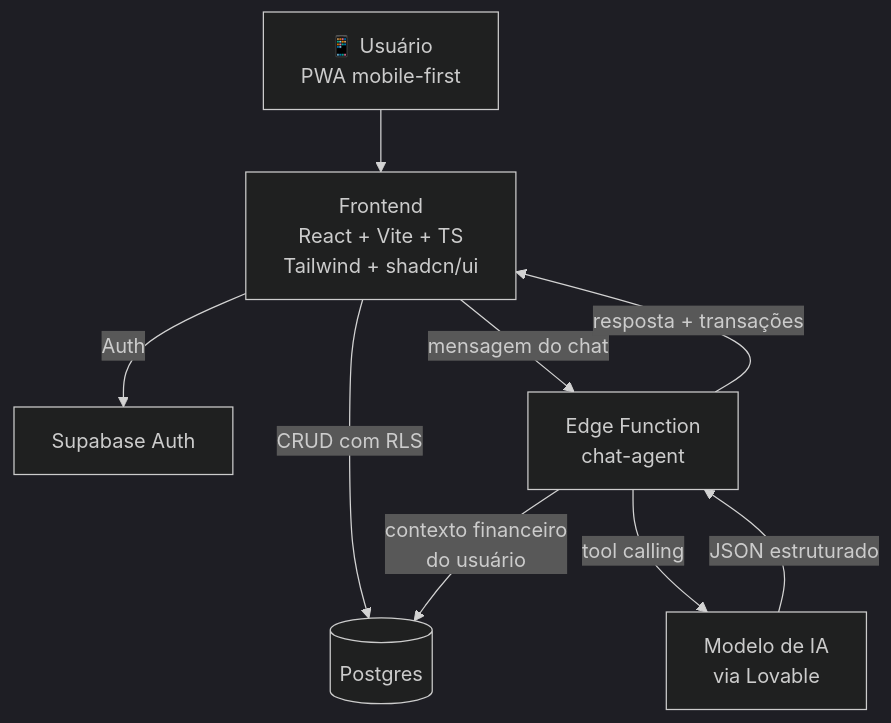
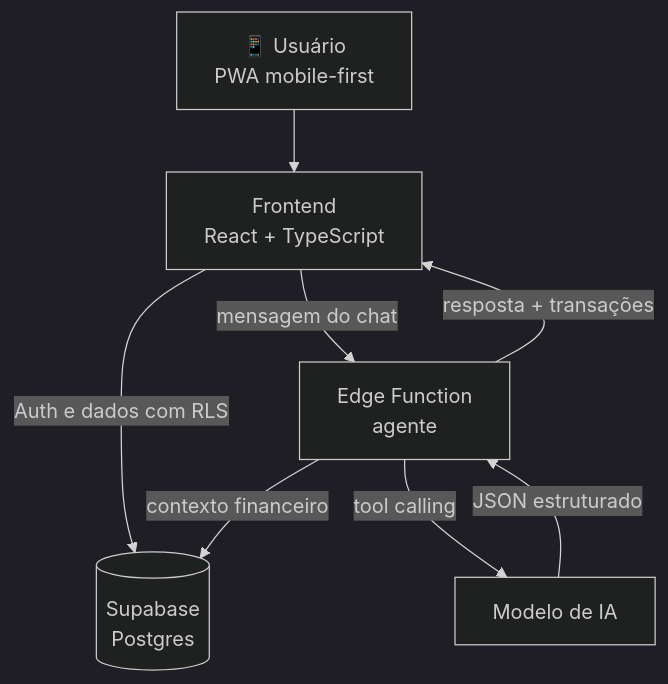
One commit to DLTechSup/dio-lab-vibe-coding-app-financas changed the third of 3 diagrams in README.md. Above: the diagram before and after it, drawn with Mermaid (dark theme). The commit also changed other lines of this file and 4 other files, not shown here.

````diff
--- a/README.md
+++ b/README.md
@@ -201,11 +310,10 @@
 ```mermaid
 flowchart TB
-    U[📱 Usuário<br/>PWA mobile-first] --> FE[Frontend<br/>React + Vite + TS<br/>Tailwind + shadcn/ui]
-    FE -->|Auth| AU[Supabase Auth]
-    FE -->|CRUD com RLS| DB[(Postgres)]
-    FE -->|mensagem do chat| EF[Edge Function<br/>chat-agent]
-    EF -->|contexto financeiro<br/>do usuário| DB
-    EF -->|tool calling| AI[Modelo de IA<br/>via Lovable]
+    U[📱 Usuário<br/>PWA mobile-first] --> FE[Frontend<br/>React + TypeScript]
+    FE -->|Auth e dados com RLS| DB[(Supabase<br/>Postgres)]
+    FE -->|mensagem do chat| EF[Edge Function<br/>agente]
+    EF -->|contexto financeiro| DB
+    EF -->|tool calling| AI[Modelo de IA]
     AI -->|JSON estruturado| EF
     EF -->|resposta + transações| FE
 ```
````
